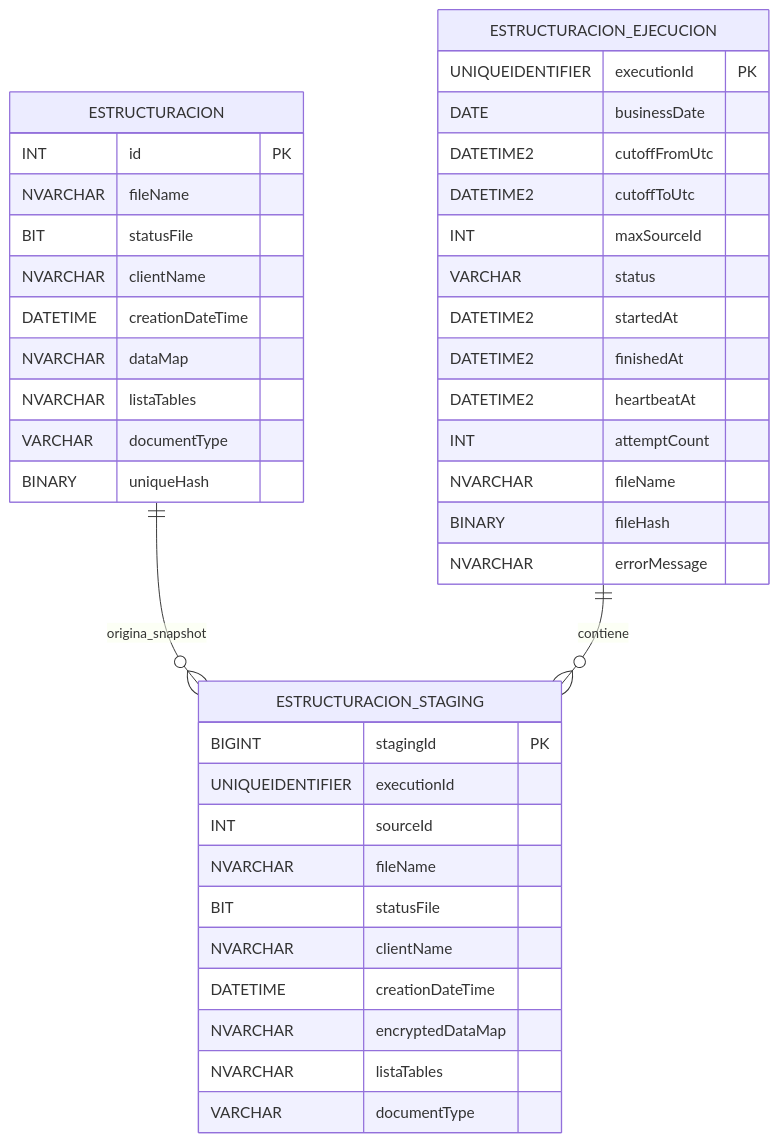
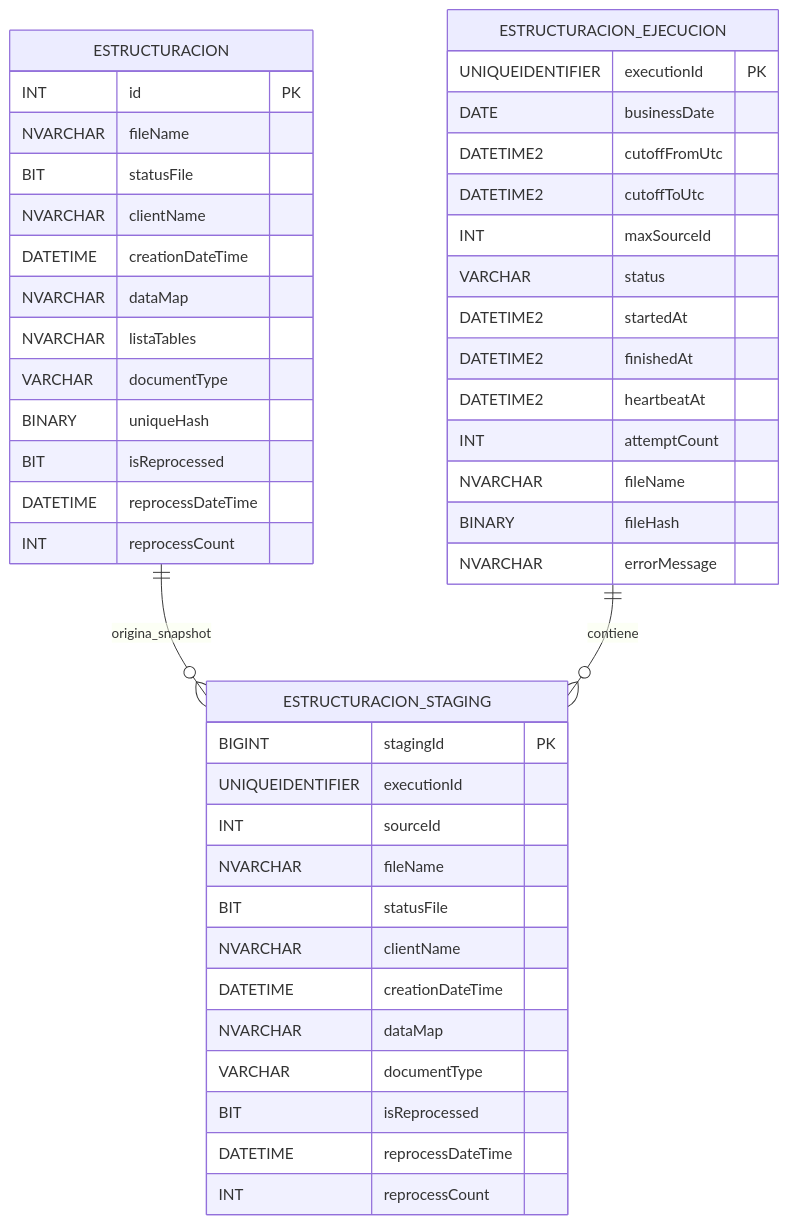
The first of 5 diagrams in arquitectura-generacion-archivo-plano-revisada.md (eme-dev/estructuracion-batch-function), drawn with Mermaid before and after one commit. The commit also changed other lines of this file and 12 other files, not shown here.

````diff
--- a/arquitectura-generacion-archivo-plano-revisada.md
+++ b/arquitectura-generacion-archivo-plano-revisada.md
@@ -375,46 +383,51 @@
 ```mermaid
 erDiagram
     ESTRUCTURACION ||--o{ ESTRUCTURACION_STAGING : origina_snapshot
     ESTRUCTURACION_EJECUCION ||--o{ ESTRUCTURACION_STAGING : contiene
 
     ESTRUCTURACION {
         INT id PK
         NVARCHAR fileName
         BIT statusFile
         NVARCHAR clientName
         DATETIME creationDateTime
         NVARCHAR dataMap
         NVARCHAR listaTables
         VARCHAR documentType
         BINARY uniqueHash
+        BIT isReprocessed
+        DATETIME reprocessDateTime
+        INT reprocessCount
     }
 
     ESTRUCTURACION_EJECUCION {
         UNIQUEIDENTIFIER executionId PK
         DATE businessDate
         DATETIME2 cutoffFromUtc
         DATETIME2 cutoffToUtc
         INT maxSourceId
         VARCHAR status
         DATETIME2 startedAt
         DATETIME2 finishedAt
         DATETIME2 heartbeatAt
         INT attemptCount
         NVARCHAR fileName
         BINARY fileHash
         NVARCHAR errorMessage
     }
 
     ESTRUCTURACION_STAGING {
         BIGINT stagingId PK
         UNIQUEIDENTIFIER executionId
         INT sourceId
         NVARCHAR fileName
         BIT statusFile
         NVARCHAR clientName
         DATETIME creationDateTime
-        NVARCHAR encryptedDataMap
-        NVARCHAR listaTables
+        NVARCHAR dataMap
         VARCHAR documentType
+        BIT isReprocessed
+        DATETIME reprocessDateTime
+        INT reprocessCount
     }
 ```
````
